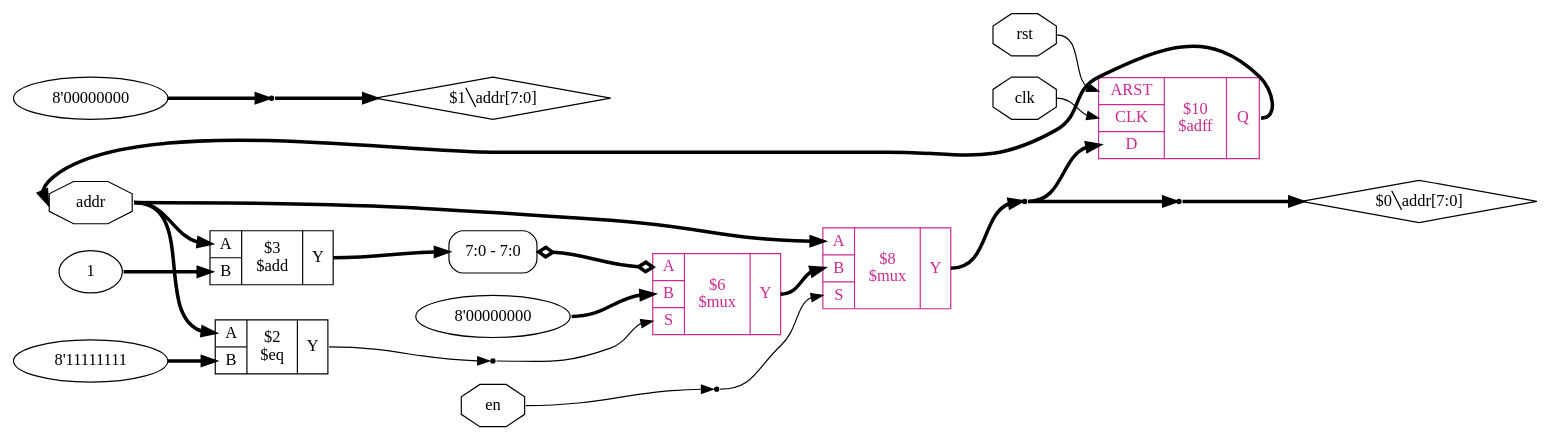
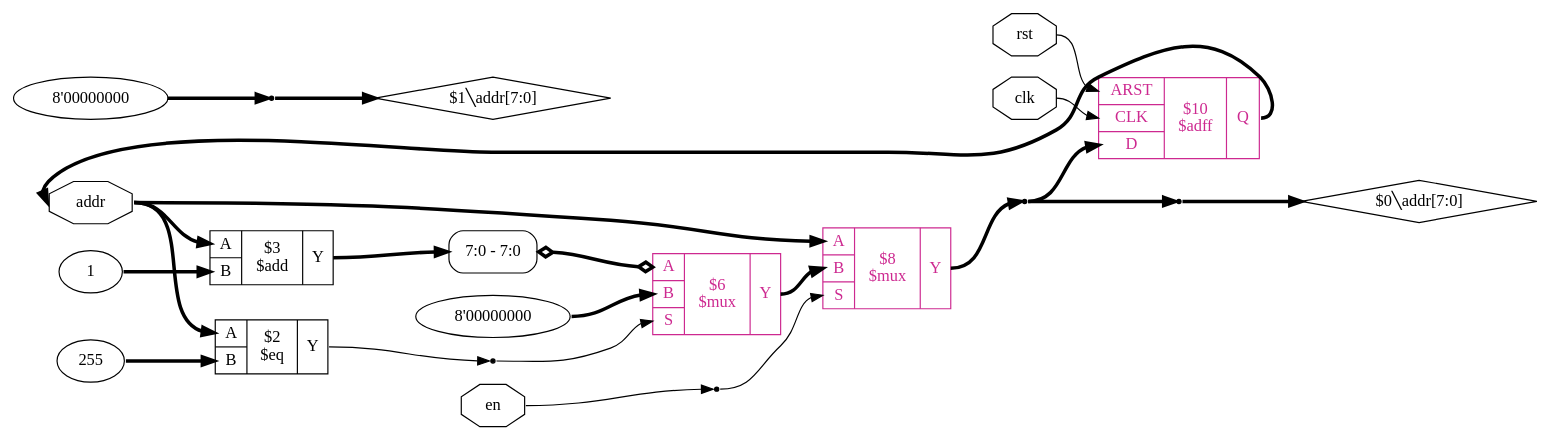
One commit to YosysHQ-Docs/yosys-cmd-ref changed the diagram in source/_images/code_examples/fifo/addr_gen_proc.dot. Above: the diagram before and after it, drawn with Graphviz. The commit also changed 112 other files, not shown here.

```diff
--- a/source/_images/code_examples/fifo/addr_gen_proc.dot
+++ b/source/_images/code_examples/fifo/addr_gen_proc.dot
@@ -1,47 +1,47 @@
 digraph "addr_gen" {
 rankdir="LR";
 remincross=true;
 n9 [ shape=octagon, label="addr", color="black", fontcolor="black" ];
 n10 [ shape=octagon, label="rst", color="black", fontcolor="black" ];
 n11 [ shape=octagon, label="clk", color="black", fontcolor="black" ];
 n12 [ shape=octagon, label="en", color="black", fontcolor="black" ];
 c17 [ shape=record, label="{{<p13> ARST|<p14> CLK|<p15> D}|$10\n$adff|{<p16> Q}}", color="maroon3", fontcolor="maroon3" ];
 c22 [ shape=record, label="{{<p18> A|<p19> B|<p20> S}|$8\n$mux|{<p21> Y}}", color="maroon3", fontcolor="maroon3" ];
 v0 [ label="8'00000000" ];
 c23 [ shape=record, label="{{<p18> A|<p19> B|<p20> S}|$6\n$mux|{<p21> Y}}", color="maroon3", fontcolor="maroon3" ];
 x1 [ shape=record, style=rounded, label="<s0> 7:0 - 7:0 ", color="black", fontcolor="black" ];
 x1:e -> c23:p18:w [arrowhead=odiamond, arrowtail=odiamond, dir=both, color="black", fontcolor="black", style="setlinewidth(3)", label=""];
 v2 [ label="1" ];
 c24 [ shape=record, label="{{<p18> A|<p19> B}|$3\n$add|{<p21> Y}}",  ];
-v3 [ label="8'11111111" ];
+v3 [ label="255" ];
 c25 [ shape=record, label="{{<p18> A|<p19> B}|$2\n$eq|{<p21> Y}}",  ];
 v4 [ label="8'00000000" ];
 x5 [shape=point, ];
 x6 [shape=point, ];
 x7 [shape=point, ];
 x8 [shape=point, ];
 n1 [ shape=point ];
 c22:p21:e -> n1:w [color="black", fontcolor="black", style="setlinewidth(3)", label=""];
 n1:e -> c17:p15:w [color="black", fontcolor="black", style="setlinewidth(3)", label=""];
 n1:e -> x8:w [color="black", fontcolor="black", style="setlinewidth(3)", label=""];
 n10:e -> c17:p13:w [color="black", fontcolor="black", label=""];
 n11:e -> c17:p14:w [color="black", fontcolor="black", label=""];
 n12:e -> x7:w [color="black", fontcolor="black", label=""];
 x7:e -> c22:p20:w [color="black", fontcolor="black", label=""];
 c23:p21:e -> c22:p19:w [color="black", fontcolor="black", style="setlinewidth(3)", label=""];
 x6:e -> c23:p20:w [color="black", fontcolor="black", label=""];
 n5 [ shape=diamond, label="$1&#9586;addr[7:0]" ];
 x5:e -> n5:w [color="black", fontcolor="black", style="setlinewidth(3)", label=""];
 c24:p21:e -> x1:s0:w [color="black", fontcolor="black", style="setlinewidth(3)", label=""];
 c25:p21:e -> x6:w [color="black", fontcolor="black", label=""];
 n8 [ shape=diamond, label="$0&#9586;addr[7:0]" ];
 x8:e -> n8:w [color="black", fontcolor="black", style="setlinewidth(3)", label=""];
 c17:p16:e -> n9:w [color="black", fontcolor="black", style="setlinewidth(3)", label=""];
 n9:e -> c22:p18:w [color="black", fontcolor="black", style="setlinewidth(3)", label=""];
 n9:e -> c24:p18:w [color="black", fontcolor="black", style="setlinewidth(3)", label=""];
 n9:e -> c25:p18:w [color="black", fontcolor="black", style="setlinewidth(3)", label=""];
 v0:e -> c23:p19:w [color="black", fontcolor="black", style="setlinewidth(3)", label=""];
 v2:e -> c24:p19:w [color="black", fontcolor="black", style="setlinewidth(3)", label=""];
 v3:e -> c25:p19:w [color="black", fontcolor="black", style="setlinewidth(3)", label=""];
 v4:e -> x5:w [color="black", fontcolor="black", style="setlinewidth(3)", label=""];
 }
```
